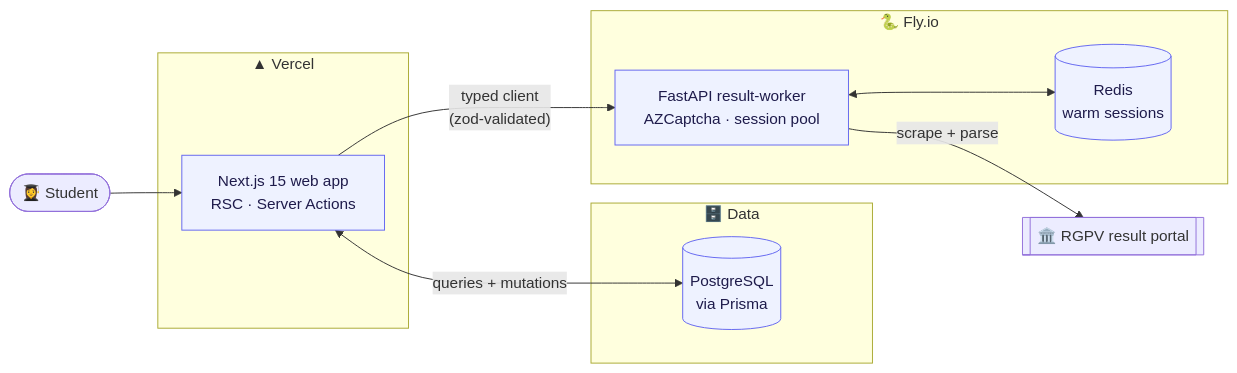
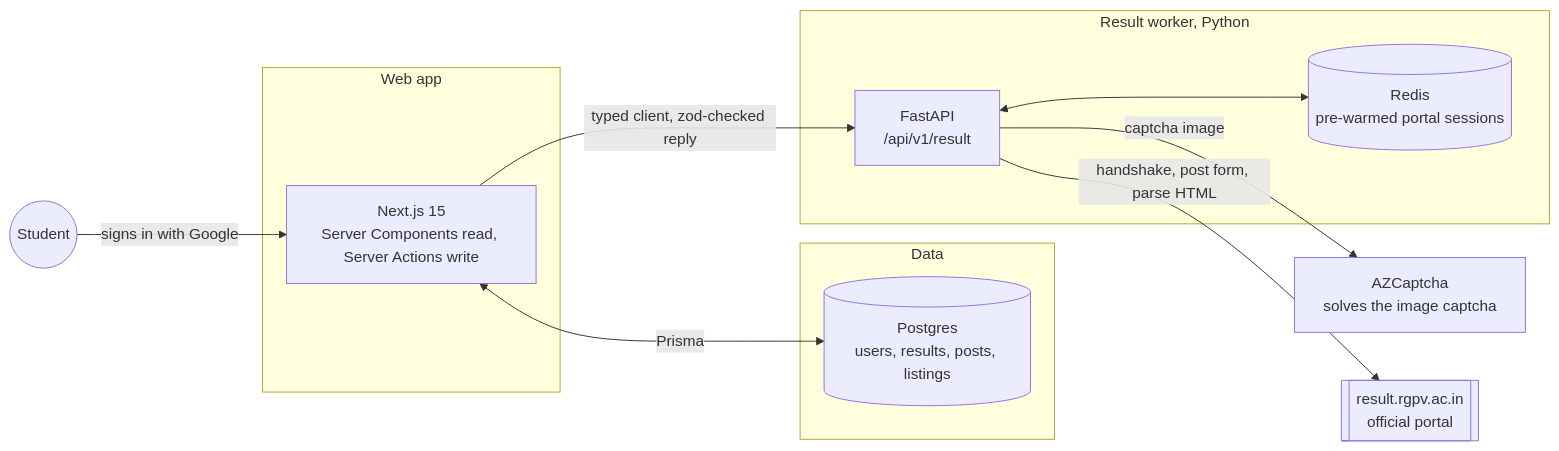
The diagram in README.md (vishalmeena2211/rgpv-connect-platform), drawn with Mermaid before and after one commit. The commit also changed other lines of this file and 4 other files, not shown here.

Commit message:
README in the house style: banner, badges, what it does, rules, trust, how it works, run, roadmap, credits, licence

````diff
--- a/README.md
+++ b/README.md
@@ -149,27 +84,21 @@
 ```mermaid
 flowchart LR
-    U([👩‍🎓 Student]) --> W
-
-    subgraph Vercel["▲ Vercel"]
-        W["Next.js 15 web app<br/>RSC · Server Actions"]
-    end
-
-    subgraph Data["🗄️ Data"]
-        PG[("PostgreSQL<br/>via Prisma")]
-    end
-
-    subgraph Worker["🐍 Fly.io"]
-        RW["FastAPI result-worker<br/>AZCaptcha · session pool"]
-        RD[("Redis<br/>warm sessions")]
-    end
-
-    RGPV[["🏛️ RGPV result portal"]]
-
-    W <-->|"queries + mutations"| PG
-    W -->|"typed client<br/>(zod-validated)"| RW
-    RW <--> RD
-    RW -->|"scrape + parse"| RGPV
-
-    classDef box fill:#eef2ff,stroke:#6366f1,color:#1e1b4b;
-    class W,PG,RW,RD box;
+  STUDENT(("Student")) -->|signs in with Google| WEB
+  subgraph vercel ["Web app"]
+    WEB["Next.js 15<br/>Server Components read, Server Actions write"]
+  end
+  subgraph data ["Data"]
+    PG[("Postgres<br/>users, results, posts, listings")]
+  end
+  subgraph worker ["Result worker, Python"]
+    API["FastAPI<br/>/api/v1/result"]
+    POOL[("Redis<br/>pre-warmed portal sessions")]
+  end
+  CAPTCHA["AZCaptcha<br/>solves the image captcha"]
+  RGPV[["result.rgpv.ac.in<br/>official portal"]]
+  WEB <-->|Prisma| PG
+  WEB -->|typed client, zod-checked reply| API
+  API <--> POOL
+  API -->|captcha image| CAPTCHA
+  API -->|handshake, post form, parse HTML| RGPV
 ```
````
